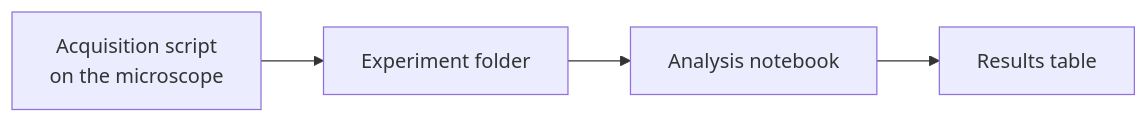
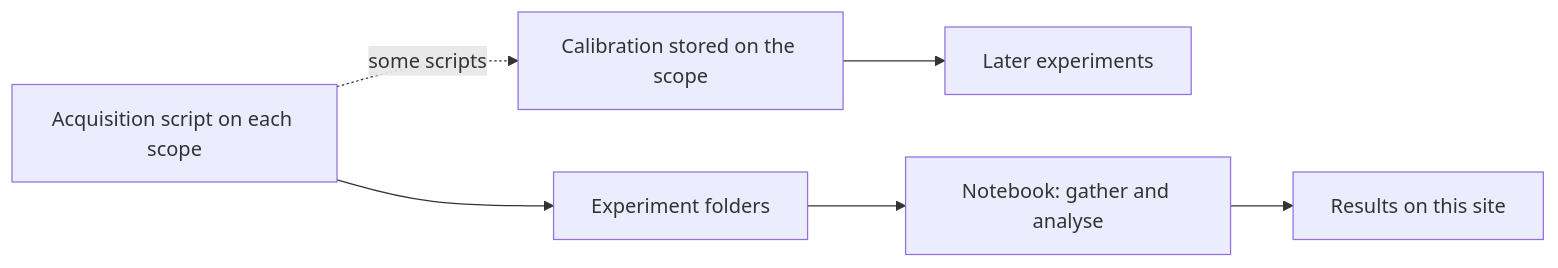
The diagram in docs/notes/calibration/index.md (Trappy-Scopes/trappyframe), drawn with Mermaid before and after one commit. The commit also changed other lines of this file and 1 other file, not shown here.

First line of the commit message:
Calibrations page: showcase wording, useful flow diagram

````diff
--- a/docs/notes/calibration/index.md
+++ b/docs/notes/calibration/index.md
@@ -9,6 +9,8 @@
 ```mermaid
 flowchart LR
-    A[Acquisition script<br/>on the microscope] --> B[Experiment folder]
-    B --> C[Analysis notebook]
-    C --> D[Results table]
+    A[Acquisition script on each scope] --> E[Experiment folders]
+    A -. some scripts .-> L[Calibration stored on the scope]
+    L --> X[Later experiments]
+    E --> N[Notebook: gather and analyse]
+    N --> R[Results on this site]
 ```
````
